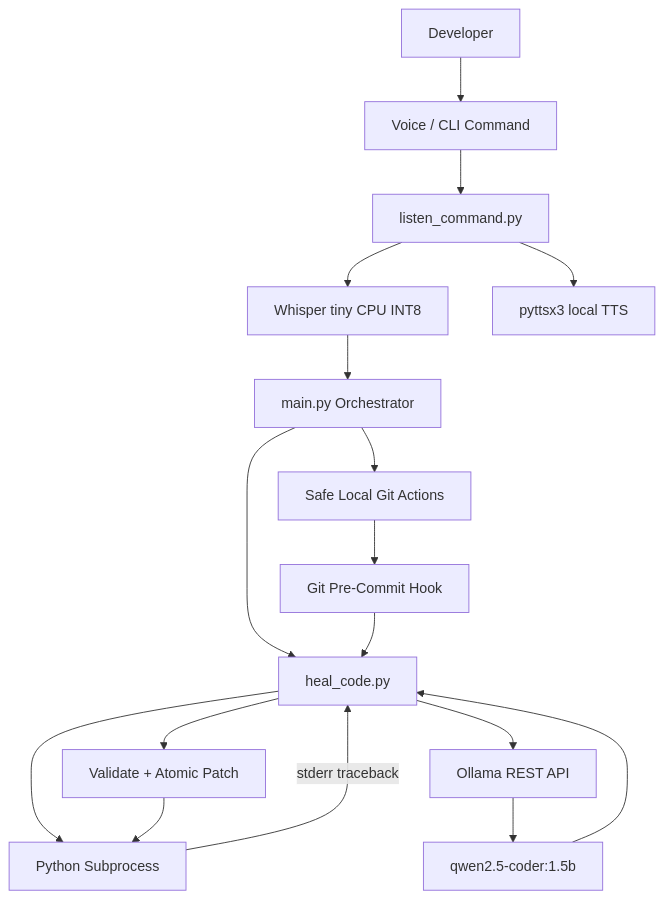
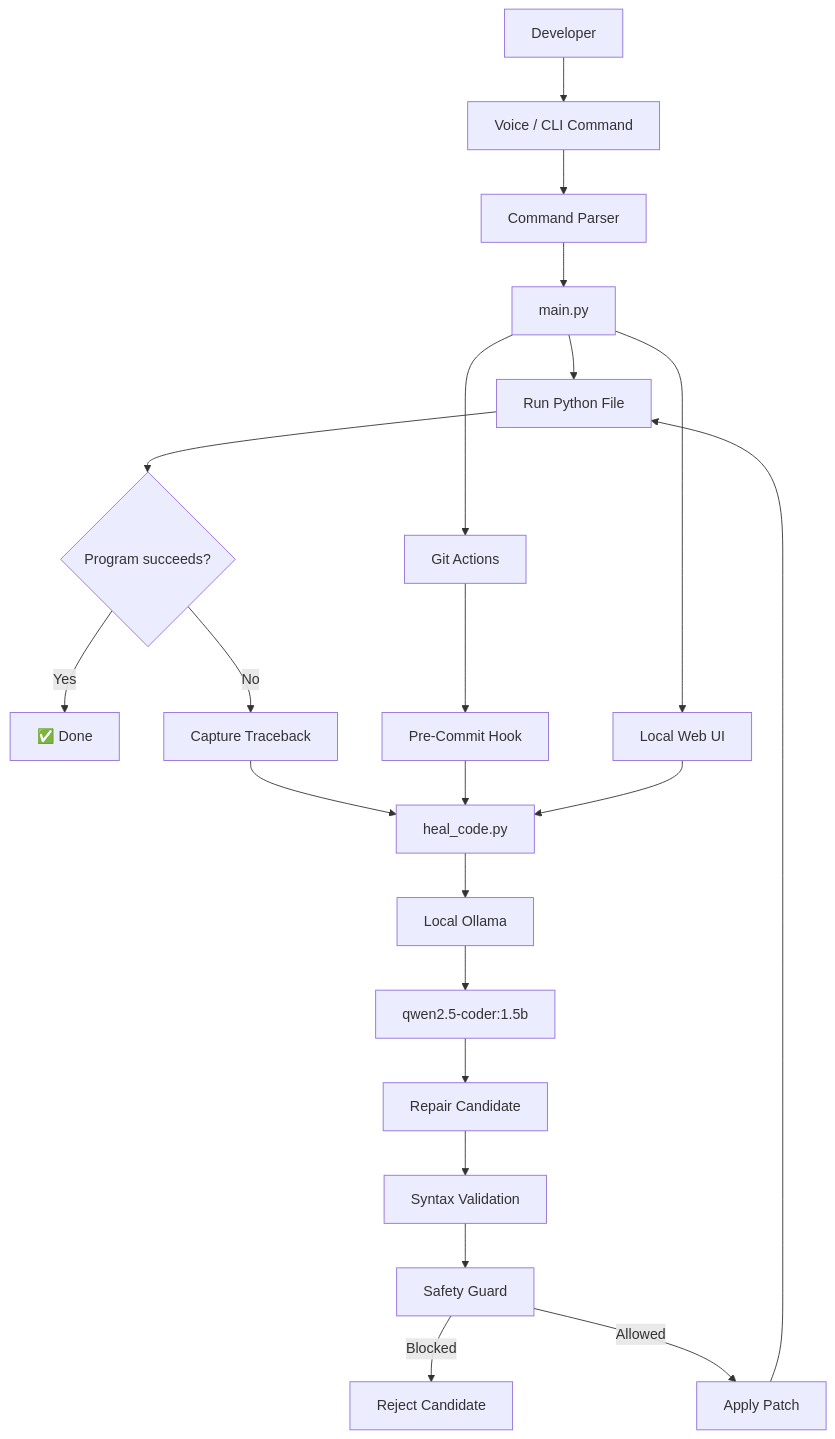
The diagram in README.md (Divasj007/voice-healer-agent), drawn with Mermaid before and after one commit. The commit also changed other lines of this file, not shown here.

````diff
--- a/README.md
+++ b/README.md
@@ -30,19 +188,33 @@
 ```mermaid
 flowchart TD
-    U[Developer] --> V[Voice / CLI Command]
-    V --> L[listen_command.py]
-    L --> W[Whisper tiny CPU INT8]
-    L --> T[pyttsx3 local TTS]
-    W --> M[main.py Orchestrator]
-    M --> H[heal_code.py]
-    M --> G[Safe Local Git Actions]
-    H --> X[Python Subprocess]
-    X -->|stderr traceback| H
-    H --> O[Ollama REST API]
-    O --> Q[qwen2.5-coder:1.5b]
-    Q --> H
-    H --> P[Validate + Atomic Patch]
-    P --> X
-    G --> C[Git Pre-Commit Hook]
-    C --> H
+    A[Developer] --> B[Voice / CLI Command]
+
+    B --> C[Command Parser]
+    C --> D[main.py]
+
+    D --> E[Run Python File]
+    E --> F{Program succeeds?}
+
+    F -->|Yes| G[✅ Done]
+    F -->|No| H[Capture Traceback]
+
+    H --> I[heal_code.py]
+    I --> J[Local Ollama]
+    J --> K[qwen2.5-coder:1.5b]
+
+    K --> L[Repair Candidate]
+    L --> M[Syntax Validation]
+    M --> N[Safety Guard]
+
+    N -->|Blocked| O[Reject Candidate]
+    N -->|Allowed| P[Apply Patch]
+
+    P --> E
+
+    D --> Q[Git Actions]
+    Q --> R[Pre-Commit Hook]
+    R --> I
+
+    D --> S[Local Web UI]
+    S --> I
 ```
````
